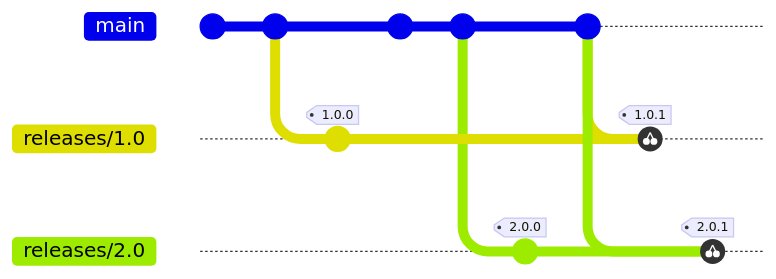
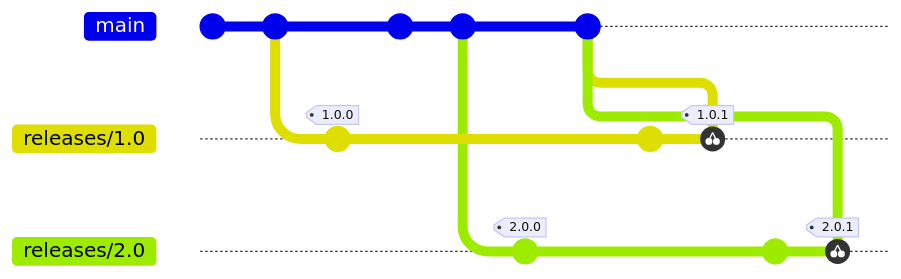
The third of 5 diagrams in docs/decisions/adr-0001-release-process.md (sysdiglabs/agent-ansible-collection), drawn with Mermaid before and after one commit. The commit also changed other lines of this file, not shown here. Commit ids are hidden.

````diff
--- a/docs/decisions/adr-0001-release-process.md
+++ b/docs/decisions/adr-0001-release-process.md
@@ -90,18 +107,21 @@
 ```mermaid
   gitGraph:
     commit
-    commit
+    commit id: "chore: set version to 1.0.0"
     branch releases/1.0
     commit tag: "1.0.0"
     checkout main
     commit
-    commit
+    commit id: "chore: set version to 2.0.0"
     branch releases/2.0
     commit tag: "2.0.0"
     checkout main
     commit id: "fix(...): hotfix"
     checkout releases/1.0
+    commit id: "chore: set version to 1.0.1"
     cherry-pick id: "fix(...): hotfix" tag: "1.0.1"
+    checkout main
     checkout releases/2.0
+    commit id: "chore: bump version to 2.0.1"
     cherry-pick id: "fix(...): hotfix" tag: "2.0.1"
 ```
````
